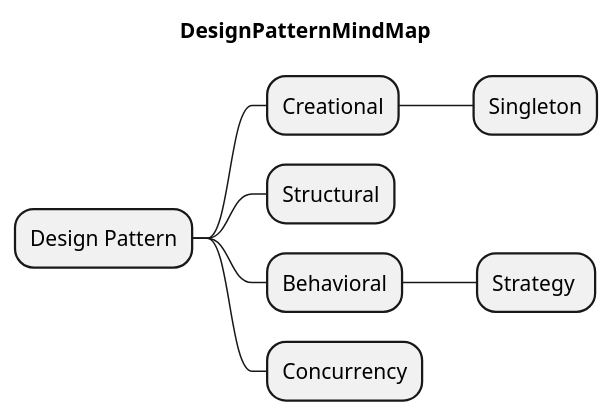
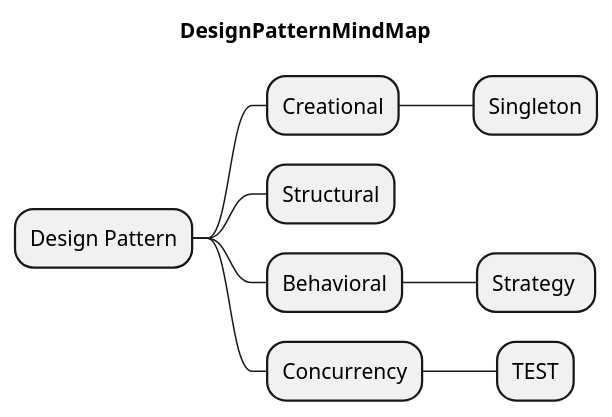
Before and after one commit to LuMoehlenkamp/gitTest: the diagram in docs/src/DesignPatternMindMap.puml, drawn with PlantUML.

Commit message:
Test for plantuml workflow

```diff
--- a/docs/src/DesignPatternMindMap.puml
+++ b/docs/src/DesignPatternMindMap.puml
@@ -1,16 +1,16 @@
 @startmindmap
 title DesignPatternMindMap
 
 * Design Pattern
 
 ** Creational
 *** Singleton
 
 ** Structural
 
 ** Behavioral
 *** Strategy 
 
 ** Concurrency
-
+*** TEST
 @endmindmap
```
